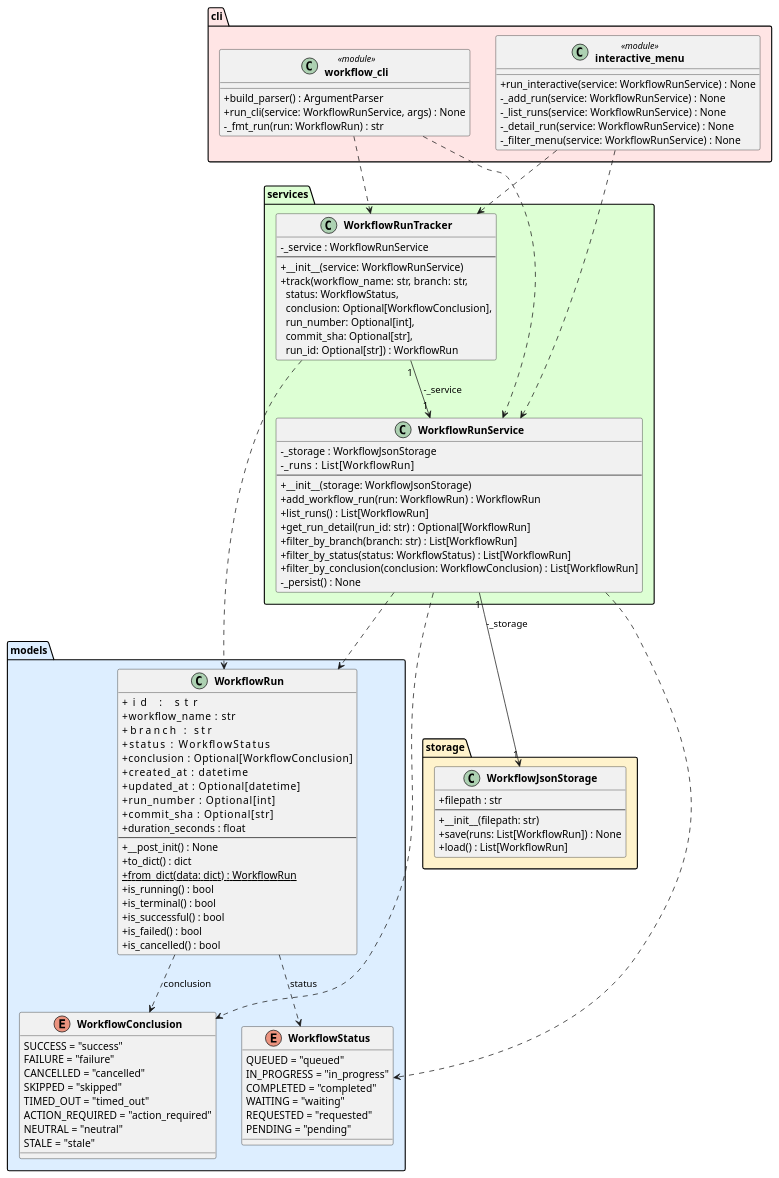
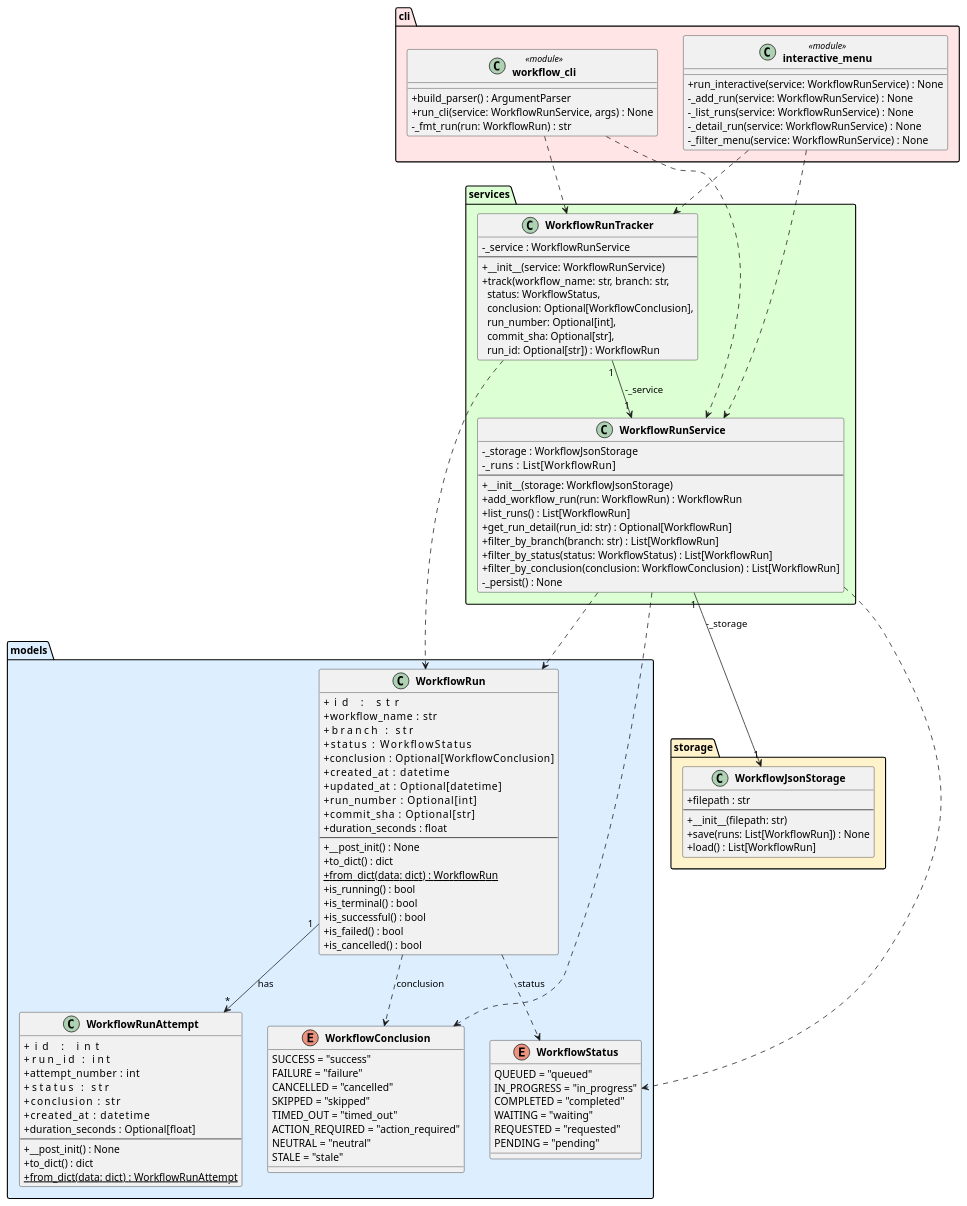
The diagram in experiments/pipeline/test_driven/github-workflow-manager/artifacts/class_diagram.puml (DanielRiha8906/Software_autoevolution_using_agents), drawn with PlantUML before and after one commit. The commit also changed 6 other files, not shown here.

```diff
--- a/experiments/pipeline/test_driven/github-workflow-manager/artifacts/class_diagram.puml
+++ b/experiments/pipeline/test_driven/github-workflow-manager/artifacts/class_diagram.puml
@@ -1,112 +1,127 @@
 @startuml class_diagram
 
 skinparam classAttributeIconSize 0
 skinparam classFontStyle bold
 
 package "models" #DDEEFF {
     enum WorkflowStatus {
         QUEUED = "queued"
         IN_PROGRESS = "in_progress"
         COMPLETED = "completed"
         WAITING = "waiting"
         REQUESTED = "requested"
         PENDING = "pending"
     }
 
     enum WorkflowConclusion {
         SUCCESS = "success"
         FAILURE = "failure"
         CANCELLED = "cancelled"
         SKIPPED = "skipped"
         TIMED_OUT = "timed_out"
         ACTION_REQUIRED = "action_required"
         NEUTRAL = "neutral"
         STALE = "stale"
     }
 
     class WorkflowRun {
         +id                : str
         +workflow_name     : str
         +branch            : str
         +status            : WorkflowStatus
         +conclusion        : Optional[WorkflowConclusion]
         +created_at        : datetime
         +updated_at        : Optional[datetime]
         +run_number        : Optional[int]
         +commit_sha        : Optional[str]
         +duration_seconds  : float
         --
         +__post_init() : None
         +to_dict() : dict
         +{static} from_dict(data: dict) : WorkflowRun
         +is_running() : bool
         +is_terminal() : bool
         +is_successful() : bool
         +is_failed() : bool
         +is_cancelled() : bool
+    }
+
+    class WorkflowRunAttempt {
+        +id                : int
+        +run_id            : int
+        +attempt_number    : int
+        +status            : str
+        +conclusion        : str
+        +created_at        : datetime
+        +duration_seconds  : Optional[float]
+        --
+        +__post_init() : None
+        +to_dict() : dict
+        +{static} from_dict(data: dict) : WorkflowRunAttempt
     }
 }
 
 package "storage" #FFF3CC {
     class WorkflowJsonStorage {
         +filepath : str
         --
         +__init__(filepath: str)
         +save(runs: List[WorkflowRun]) : None
         +load() : List[WorkflowRun]
     }
 }
 
 package "services" #DDFFD4 {
     class WorkflowRunService {
         -_storage : WorkflowJsonStorage
         -_runs    : List[WorkflowRun]
         --
         +__init__(storage: WorkflowJsonStorage)
         +add_workflow_run(run: WorkflowRun) : WorkflowRun
         +list_runs() : List[WorkflowRun]
         +get_run_detail(run_id: str) : Optional[WorkflowRun]
         +filter_by_branch(branch: str) : List[WorkflowRun]
         +filter_by_status(status: WorkflowStatus) : List[WorkflowRun]
         +filter_by_conclusion(conclusion: WorkflowConclusion) : List[WorkflowRun]
         -_persist() : None
     }
 
     class WorkflowRunTracker {
         -_service : WorkflowRunService
         --
         +__init__(service: WorkflowRunService)
         +track(workflow_name: str, branch: str,\n  status: WorkflowStatus,\n  conclusion: Optional[WorkflowConclusion],\n  run_number: Optional[int],\n  commit_sha: Optional[str],\n  run_id: Optional[str]) : WorkflowRun
     }
 }
 
 package "cli" #FFE5E5 {
     class "workflow_cli" <<module>> {
         +build_parser() : ArgumentParser
         +run_cli(service: WorkflowRunService, args) : None
         -_fmt_run(run: WorkflowRun) : str
     }
 
     class "interactive_menu" <<module>> {
         +run_interactive(service: WorkflowRunService) : None
         -_add_run(service: WorkflowRunService) : None
         -_list_runs(service: WorkflowRunService) : None
         -_detail_run(service: WorkflowRunService) : None
         -_filter_menu(service: WorkflowRunService) : None
     }
 }
 
+WorkflowRun             "1" --> "*" WorkflowRunAttempt : has
 WorkflowRun                ..>  WorkflowStatus        : status
 WorkflowRun                ..>  WorkflowConclusion    : conclusion
 WorkflowRunService    "1" --> "1" WorkflowJsonStorage : -_storage
 WorkflowRunService         ..>  WorkflowRun
 WorkflowRunService         ..>  WorkflowStatus
 WorkflowRunService         ..>  WorkflowConclusion
 WorkflowRunTracker    "1" --> "1" WorkflowRunService  : -_service
 WorkflowRunTracker         ..>  WorkflowRun
 "workflow_cli"             ..>  WorkflowRunService
 "workflow_cli"             ..>  WorkflowRunTracker
 "interactive_menu"         ..>  WorkflowRunService
 "interactive_menu"         ..>  WorkflowRunTracker
 
 @enduml
```
